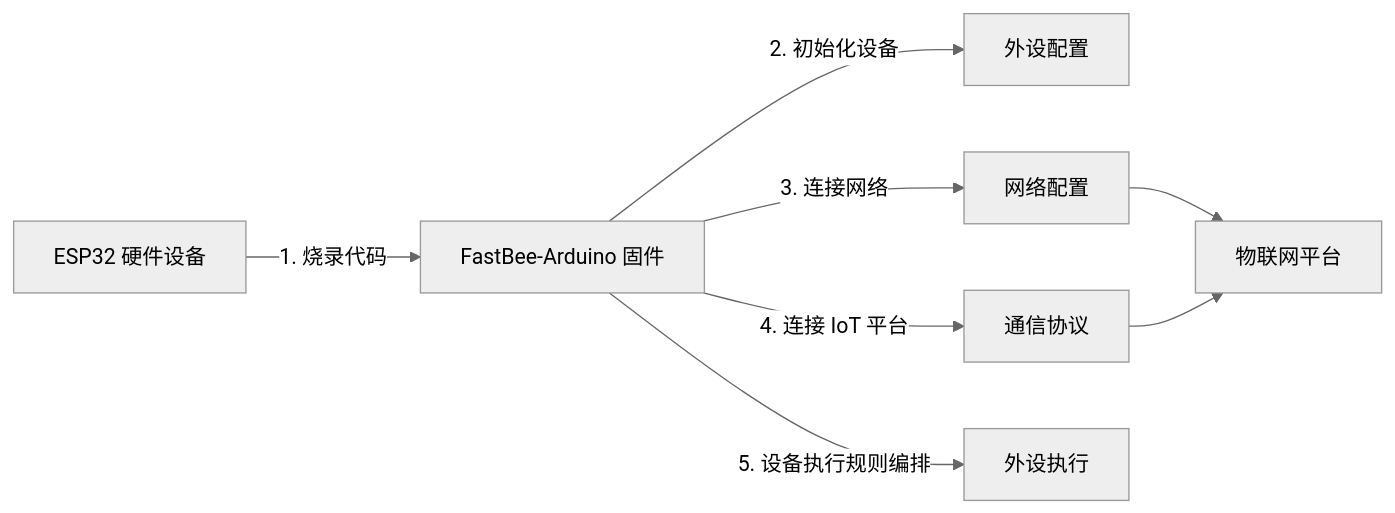
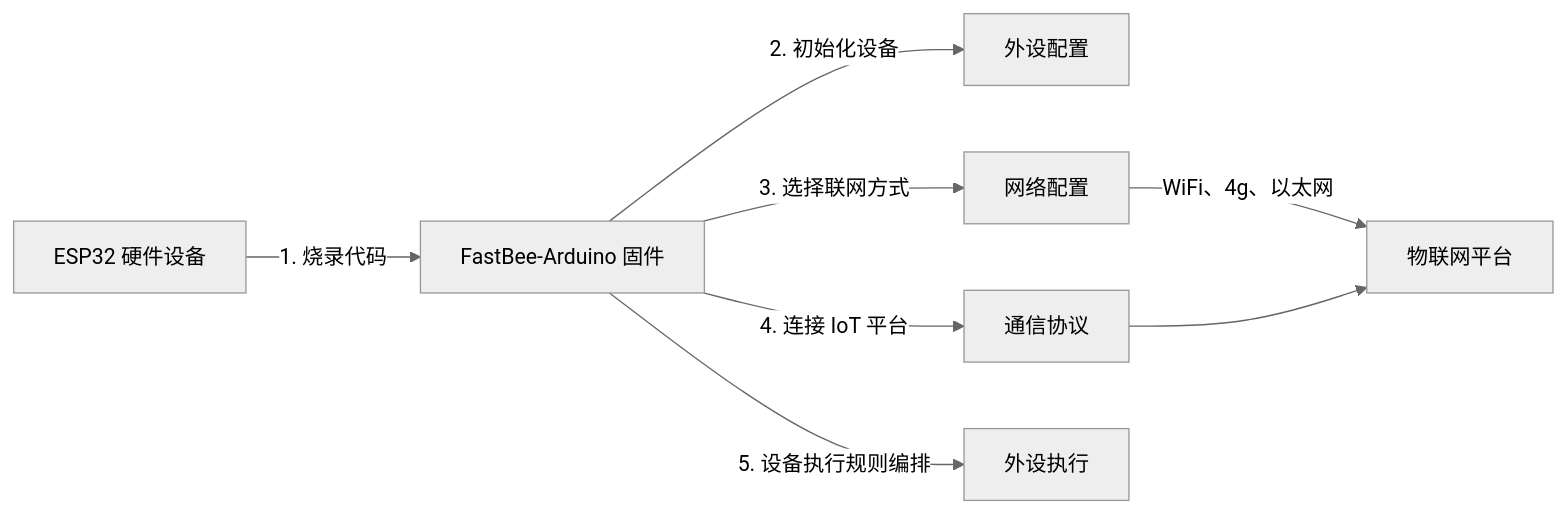
One commit to kerwincui/FastBee-Arduino changed the diagram in README.md. Above: the diagram before and after it, drawn with Mermaid (neutral theme). The commit also changed other lines of this file, not shown here.

Commit message:
更新文档

````diff
--- a/README.md
+++ b/README.md
@@ -50,10 +50,10 @@
 ```mermaid
 graph LR
     A[ESP32 硬件设备] -->|1. 烧录代码| B[FastBee-Arduino 固件]
     B -->|2. 初始化设备| C[外设配置]
-    B -->|3. 连接网络| D[网络配置]
+    B -->|3. 选择联网方式| D[网络配置]
     B -->|4. 连接 IoT 平台| E[通信协议]
     B -->|5. 设备执行规则编排| F[外设执行]
-    D --> G[物联网平台]
+    D -->|WiFi、4g、以太网| G[物联网平台]
     E --> G
 ```
````
